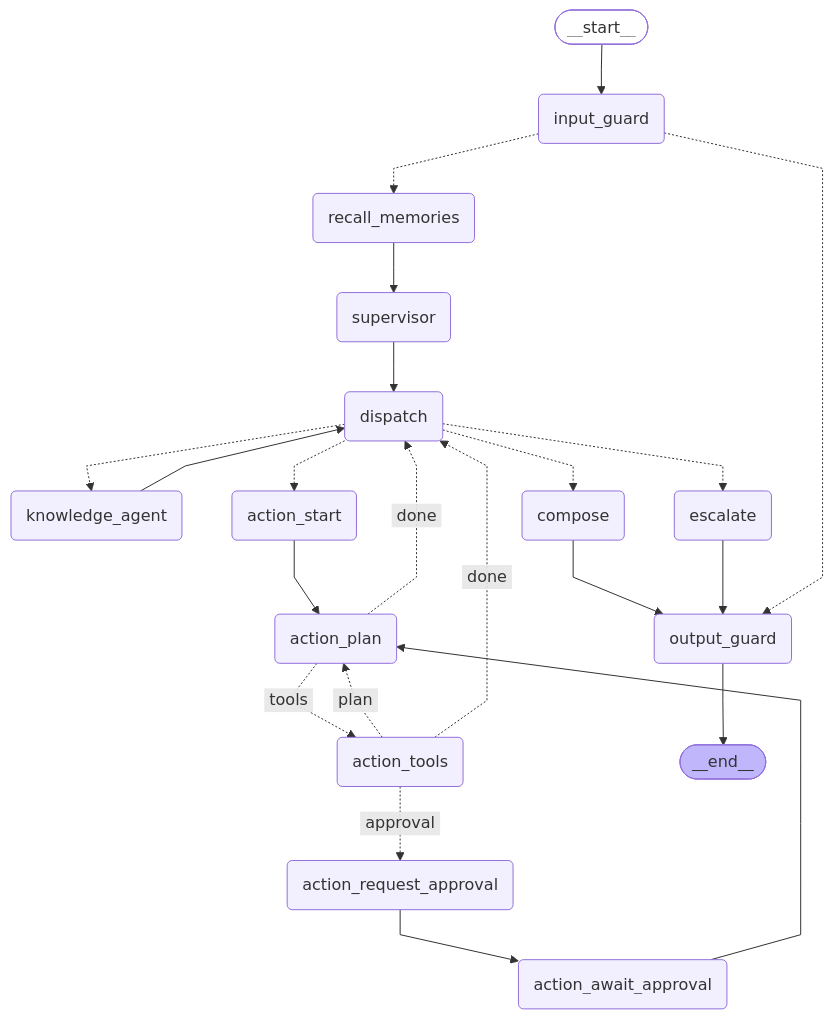
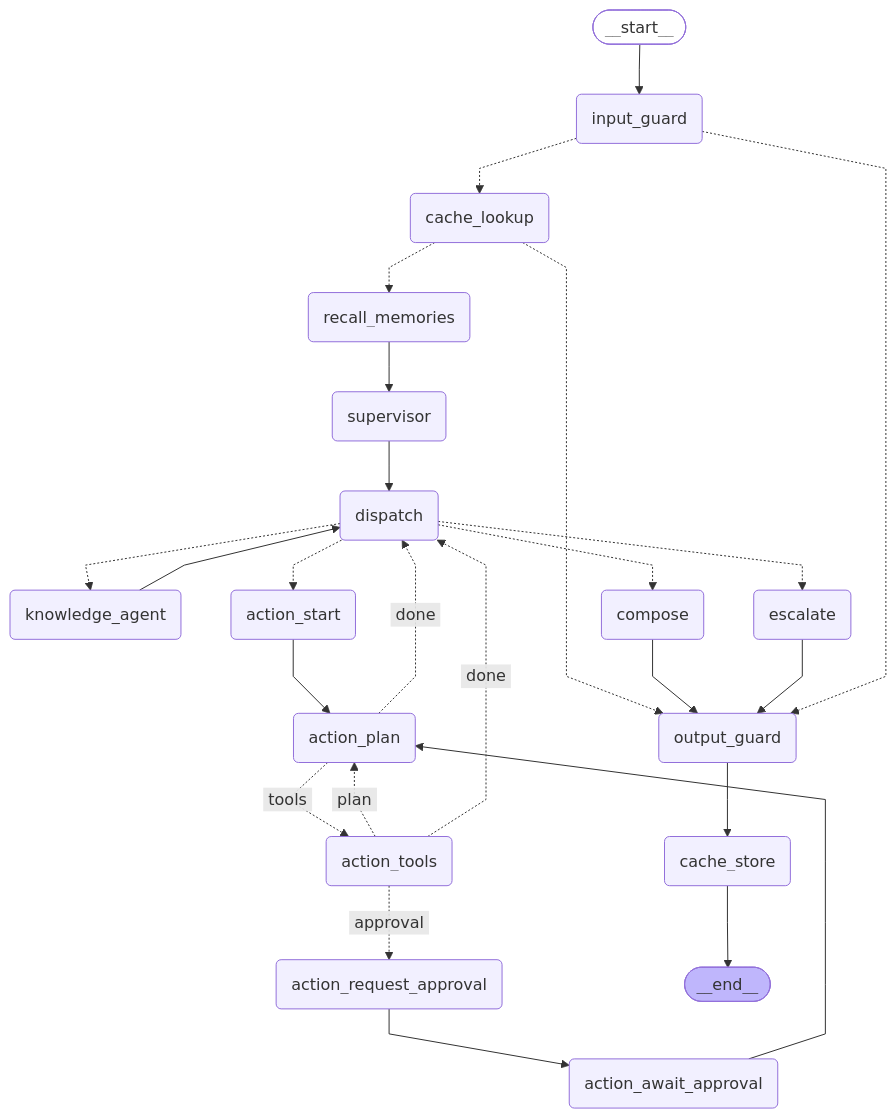
Before and after one commit to bartuonder/Mabeyn: the third of 5 diagrams in docs/architecture.md, drawn with Mermaid. The commit also changed other lines of this file and 2 other files, not shown here.

Commit message:
test: cover the cache nodes, the firewall order and the safety conditions

````diff
--- a/docs/architecture.md
+++ b/docs/architecture.md
@@ -96,47 +96,52 @@
 ```mermaid
 ---
 config:
   flowchart:
     curve: linear
 ---
 graph TD;
 	__start__([<p>__start__</p>]):::first
 	input_guard(input_guard)
+	cache_lookup(cache_lookup)
 	recall_memories(recall_memories)
 	supervisor(supervisor)
 	dispatch(dispatch)
 	knowledge_agent(knowledge_agent)
 	action_start(action_start)
 	action_plan(action_plan)
 	action_tools(action_tools)
 	action_request_approval(action_request_approval)
 	action_await_approval(action_await_approval)
 	escalate(escalate)
 	compose(compose)
 	output_guard(output_guard)
+	cache_store(cache_store)
 	__end__([<p>__end__</p>]):::last
 	__start__ --> input_guard;
 	action_await_approval --> action_plan;
 	action_plan -. &nbsp;tools&nbsp; .-> action_tools;
 	action_plan -. &nbsp;done&nbsp; .-> dispatch;
 	action_request_approval --> action_await_approval;
 	action_start --> action_plan;
 	action_tools -. &nbsp;plan&nbsp; .-> action_plan;
 	action_tools -. &nbsp;approval&nbsp; .-> action_request_approval;
 	action_tools -. &nbsp;done&nbsp; .-> dispatch;
+	cache_lookup -.-> output_guard;
+	cache_lookup -.-> recall_memories;
 	compose --> output_guard;
 	dispatch -.-> action_start;
 	dispatch -.-> compose;
 	dispatch -.-> escalate;
 	dispatch -.-> knowledge_agent;
 	escalate --> output_guard;
+	input_guard -.-> cache_lookup;
 	input_guard -.-> output_guard;
-	input_guard -.-> recall_memories;
 	knowledge_agent --> dispatch;
+	output_guard --> cache_store;
 	recall_memories --> supervisor;
 	supervisor --> dispatch;
-	output_guard --> __end__;
+	cache_store --> __end__;
 	classDef default fill:#f2f0ff,line-height:1.2
 	classDef first fill-opacity:0
 	classDef last fill:#bfb6fc
 ```
````
